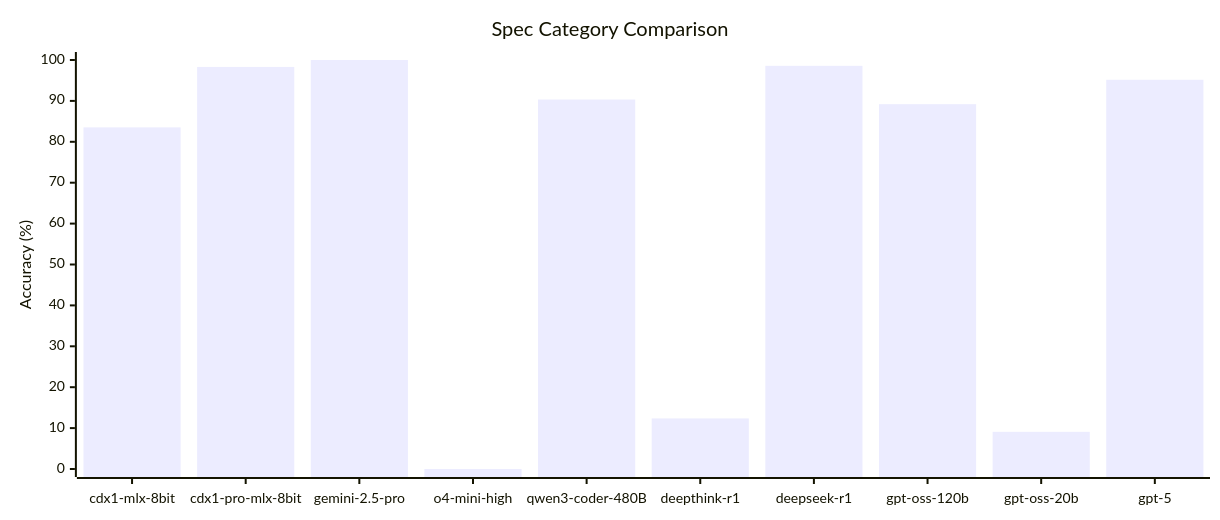
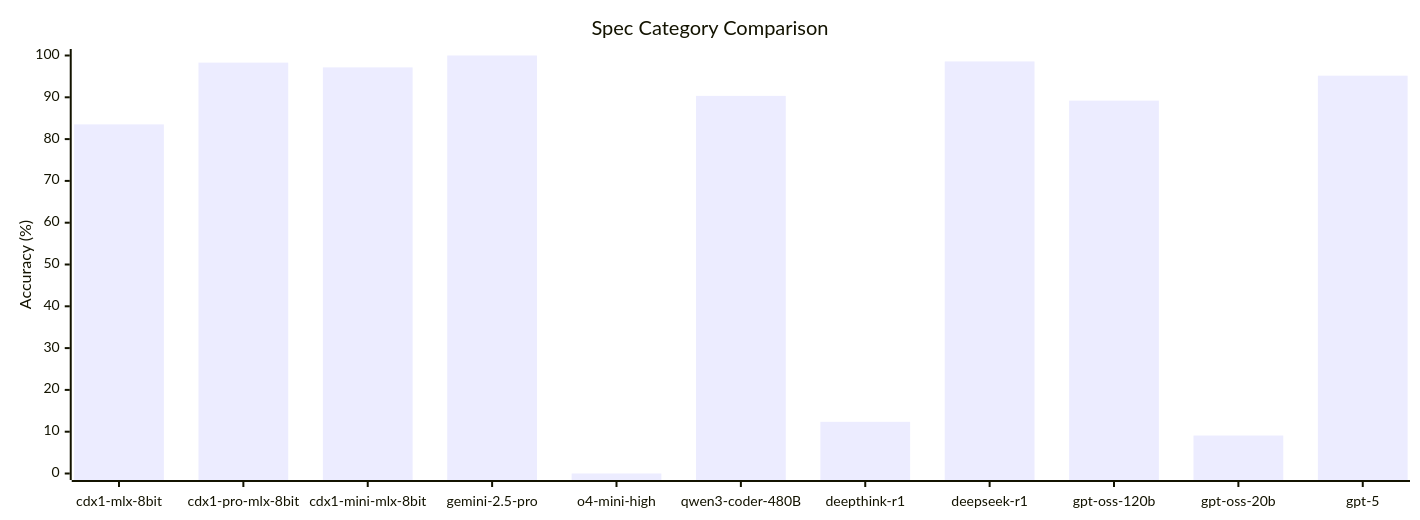
The second of 2 diagrams in contrib/xBOMEval/results/README.md (CycloneDX/cdxgen), drawn with Mermaid before and after one commit. The commit also changed other lines of this file and 15 other files, not shown here.

Commit message:
cdx1-mini

````diff
--- a/contrib/xBOMEval/results/README.md
+++ b/contrib/xBOMEval/results/README.md
@@ -80,13 +77,13 @@
 ```mermaid
 ---
 config:
   xyChart:
-    width: 1200
+    width: 1400
 ---
 %%{init: {'theme': 'default'}}%%
 xychart-beta
     title "Spec Category Comparison"
-    x-axis [cdx1-mlx-8bit, cdx1-pro-mlx-8bit, gemini-2.5-pro, o4-mini-high, qwen3-coder-480B, deepthink-r1, deepseek-r1, gpt-oss-120b, gpt-oss-20b, gpt-5]
+    x-axis [cdx1-mlx-8bit, cdx1-pro-mlx-8bit, cdx1-mini-mlx-8bit, gemini-2.5-pro, o4-mini-high, qwen3-coder-480B, deepthink-r1, deepseek-r1, gpt-oss-120b, gpt-oss-20b, gpt-5]
     y-axis "Accuracy (%)" 0 --> 100
-    bar [83.52, 98.3, 100, 0, 90.34, 12.36, 98.58, 89.2, 9.09, 95.17]
+    bar [83.52, 98.3, 97.16, 100, 0, 90.34, 12.36, 98.58, 89.2, 9.09, 95.17]
 ```
````
